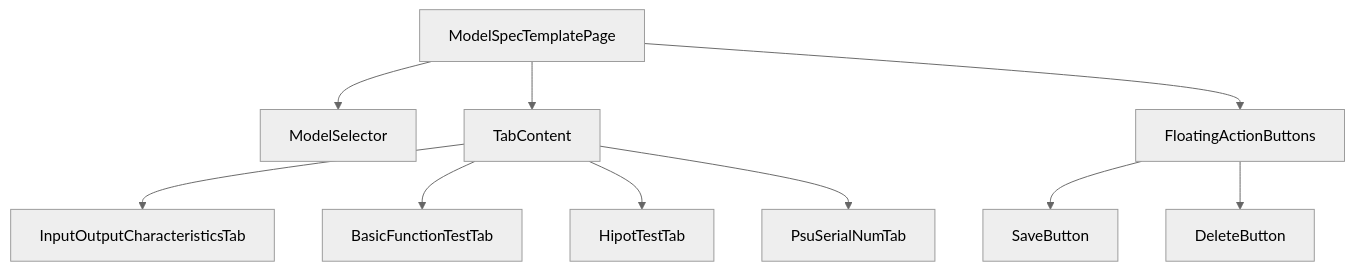
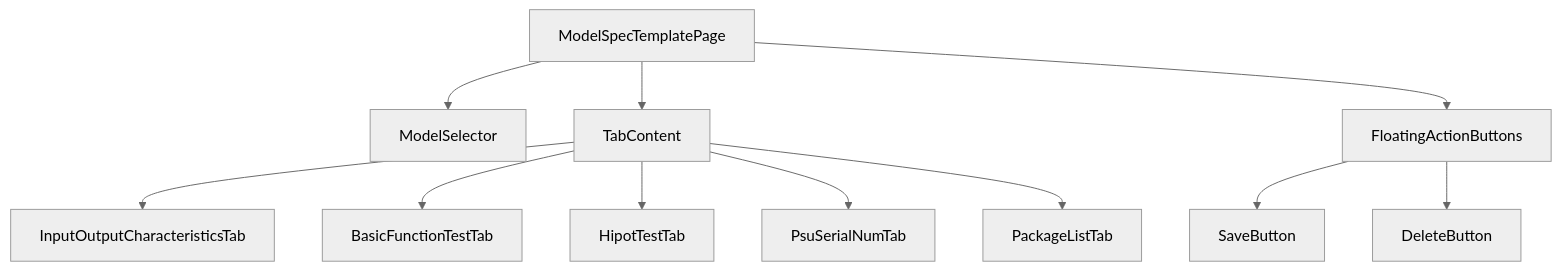
The diagram in docs/ModelSpecTemplatePage.md (e2755699/zerova_oqc_report), drawn with Mermaid (neutral theme) before and after one commit. The commit also changed other lines of this file and 4 other files, not shown here.

````diff
--- a/docs/ModelSpecTemplatePage.md
+++ b/docs/ModelSpecTemplatePage.md
@@ -72,14 +73,15 @@
 ```mermaid
 graph TB
     A[ModelSpecTemplatePage] --> B[ModelSelector]
     A --> C[TabContent]
     A --> D[FloatingActionButtons]
     
     C --> E[InputOutputCharacteristicsTab]
     C --> F[BasicFunctionTestTab]
     C --> G[HipotTestTab]
     C --> H[PsuSerialNumTab]
+    C --> I[PackageListTab]
     
-    D --> I[SaveButton]
-    D --> J[DeleteButton]
+    D --> J[SaveButton]
+    D --> K[DeleteButton]
 ```
````
